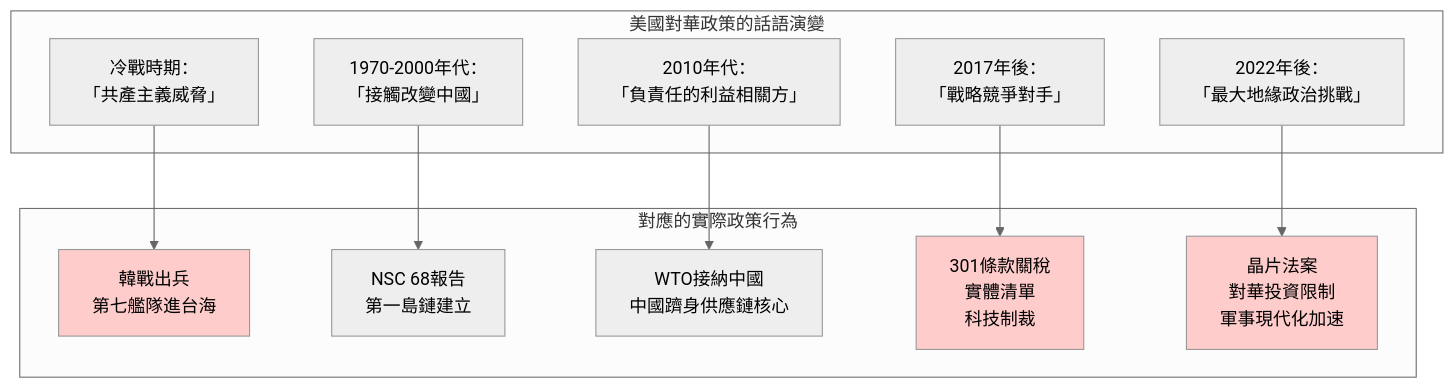
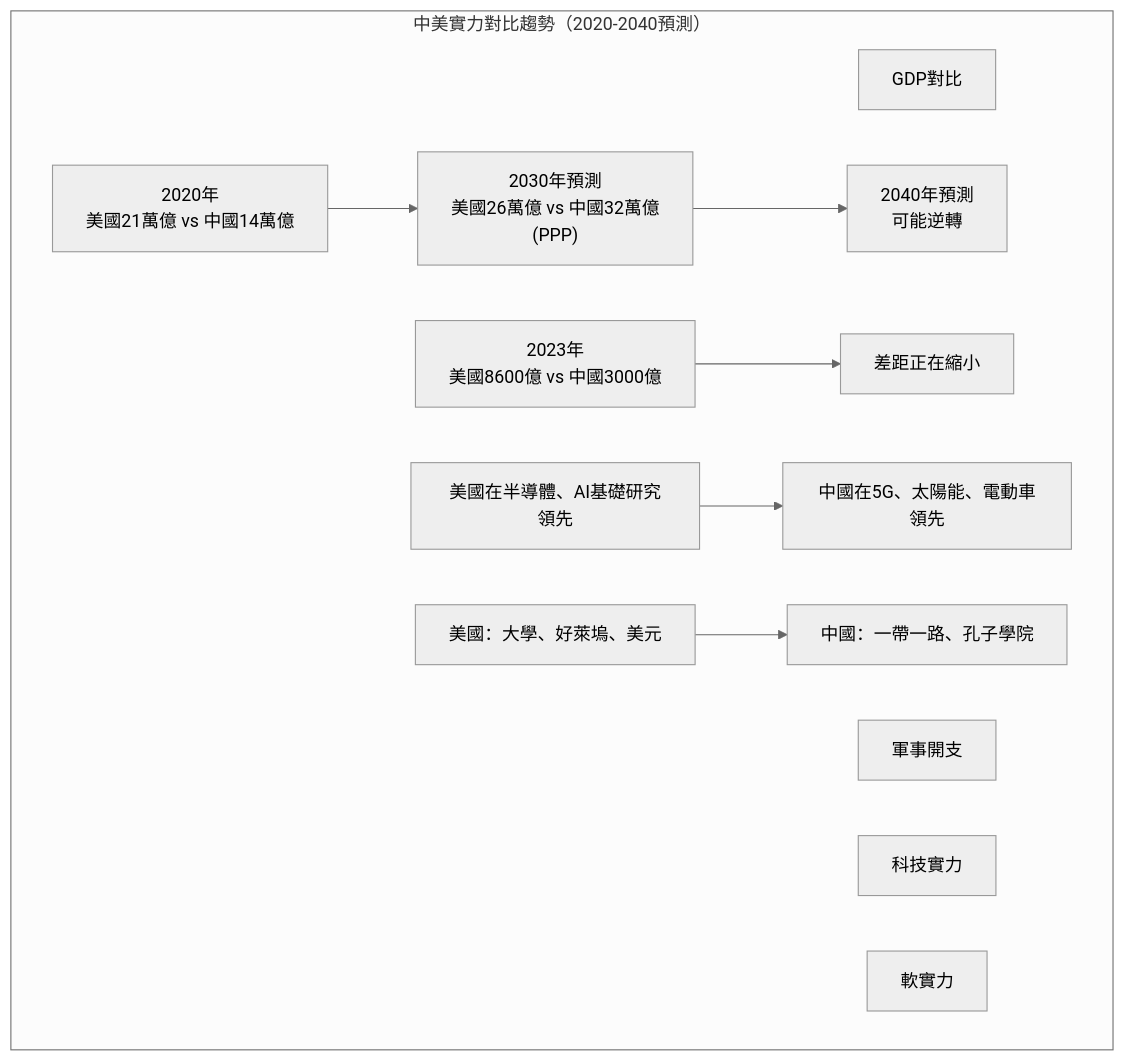
One commit to yip-lgtm/HKU-Harvard-History-Self-Study changed the fifth of 5 diagrams in 02_Harvard_Courses/101_Foundations/GenEd1068.md. Above: the diagram before and after it, drawn with Mermaid (neutral theme). The commit also changed other lines of this file and 65 other files, not shown here.

````diff
--- a/02_Harvard_Courses/101_Foundations/GenEd1068.md
+++ b/02_Harvard_Courses/101_Foundations/GenEd1068.md
@@ -299,28 +179,26 @@
 ```mermaid
 graph TD
-    subgraph "美國對華政策的話語演變"
-        D1["冷戰時期：\n「共產主義威脅」"]
-        D2["1970-2000年代：\n「接觸改變中國」"]
-        D3["2010年代：\n「負責任的利益相關方」"]
-        D4["2017年後：\n「戰略競爭對手」"]
-        D5["2022年後：\n「最大地緣政治挑戰」"]
+    subgraph "中美實力對比趨勢（2020-2040預測）"
+        A["GDP對比"]
+        A1["2020年\n美國21萬億 vs 中國14萬億"]
+        A2["2030年預測\n美國26萬億 vs 中國32萬億\n(PPP)"]
+        A3["2040年預測\n可能逆轉"]
+        
+        B["軍事開支"]
+        B1["2023年\n美國8600億 vs 中國3000億"]
+        B2["差距正在縮小"]
+        
+        C["科技實力"]
+        C1["美國在半導體、AI基礎研究領先"]
+        C2["中國在5G、太陽能、電動車領先"]
+        
+        D["軟實力"]
+        D1["美國：大學、好萊塢、美元"]
+        D2["中國：一帶一路、孔子學院"]
     end
     
-    subgraph "對應的實際政策行為"
-        P1["韓戰出兵\n第七艦隊進台海"]
-        P2["NSC 68報告\n第一島鏈建立"]
-        P3["WTO接納中國\n中國躋身供應鏈核心"]
-        P4["301條款關稅\n實體清單\n科技制裁"]
-        P5["晶片法案\n對華投資限制\n軍事現代化加速"]
-    end
-    
-    D1 --> P1
-    D2 --> P2
-    D3 --> P3
-    D4 --> P4
-    D5 --> P5
-    
-    style P1 fill:#fcc
-    style P4 fill:#fcc
-    style P5 fill:#fcc
+    A1 --> A2 --> A3
+    B1 --> B2
+    C1 --> C2
+    D1 --> D2
 ```
````
